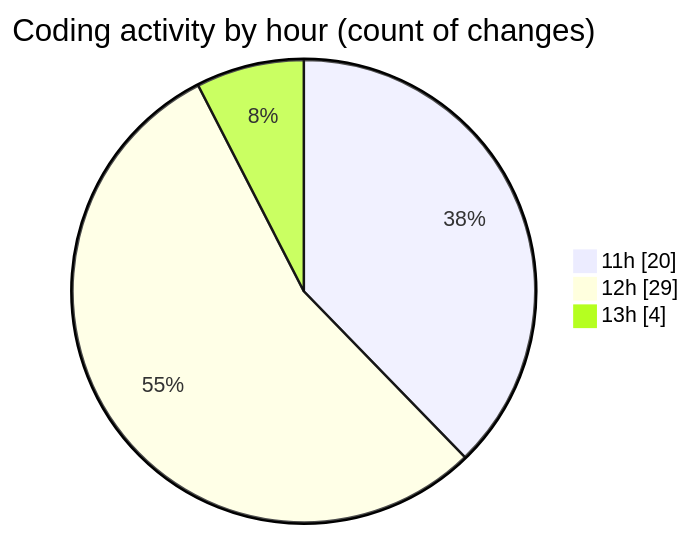
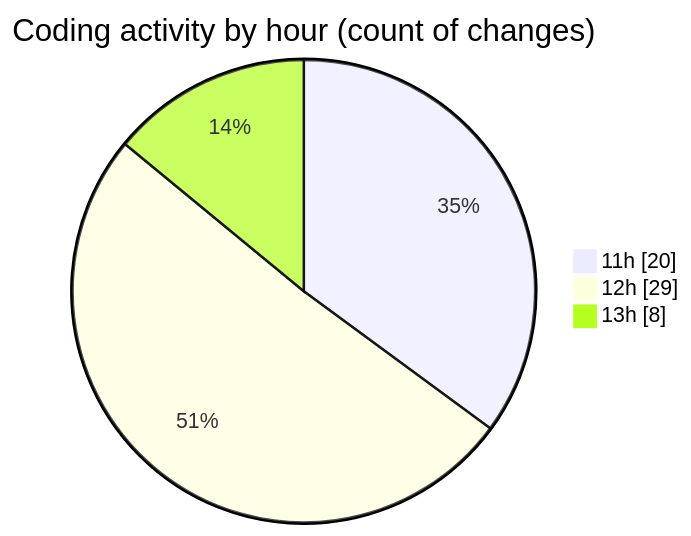
One commit to nxtqubesakshisongat/code-tracking changed the second of 2 diagrams in 2025-12-11/nxtqube_webapp/README.md. Above: the diagram before and after it, drawn with Mermaid. The commit also changed other lines of this file and 1 other file, not shown here.

````diff
--- a/2025-12-11/nxtqube_webapp/README.md
+++ b/2025-12-11/nxtqube_webapp/README.md
@@ -40,7 +40,7 @@
 ```mermaid
 pie showData
 title Coding activity by hour (count of changes)
 "11h" : 20
 "12h" : 29
-"13h" : 4
+"13h" : 8
 ```
````
